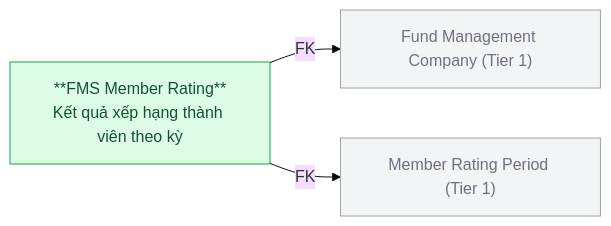
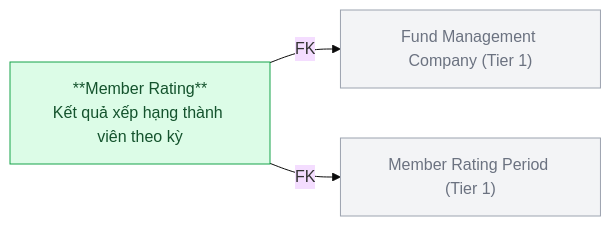
One commit to linhlvit/ubck_atomic_design changed diagram 12 of 16 in Silver/hld/FMS_HLD_Tier2.md. Above: the diagram before and after it, drawn with Mermaid (base theme). The commit also changed other lines of this file and 32 other files, not shown here.

````diff
--- a/Silver/hld/FMS_HLD_Tier2.md
+++ b/Silver/hld/FMS_HLD_Tier2.md
@@ -279,12 +279,12 @@
 ```mermaid
 graph LR
     classDef silver fill:#dcfce7,stroke:#16a34a,color:#14532d
     classDef refnode fill:#f3f4f6,stroke:#9ca3af,color:#6b7280
 
     FMC["Fund Management Company (Tier 1)"]:::refnode
     MRP["Member Rating Period (Tier 1)"]:::refnode
-    RATING["**FMS Member Rating**\nKết quả xếp hạng thành viên theo kỳ"]:::silver
+    RATING["**Member Rating**\nKết quả xếp hạng thành viên theo kỳ"]:::silver
 
     RATING -->|FK| FMC
     RATING -->|FK| MRP
 ```
````
